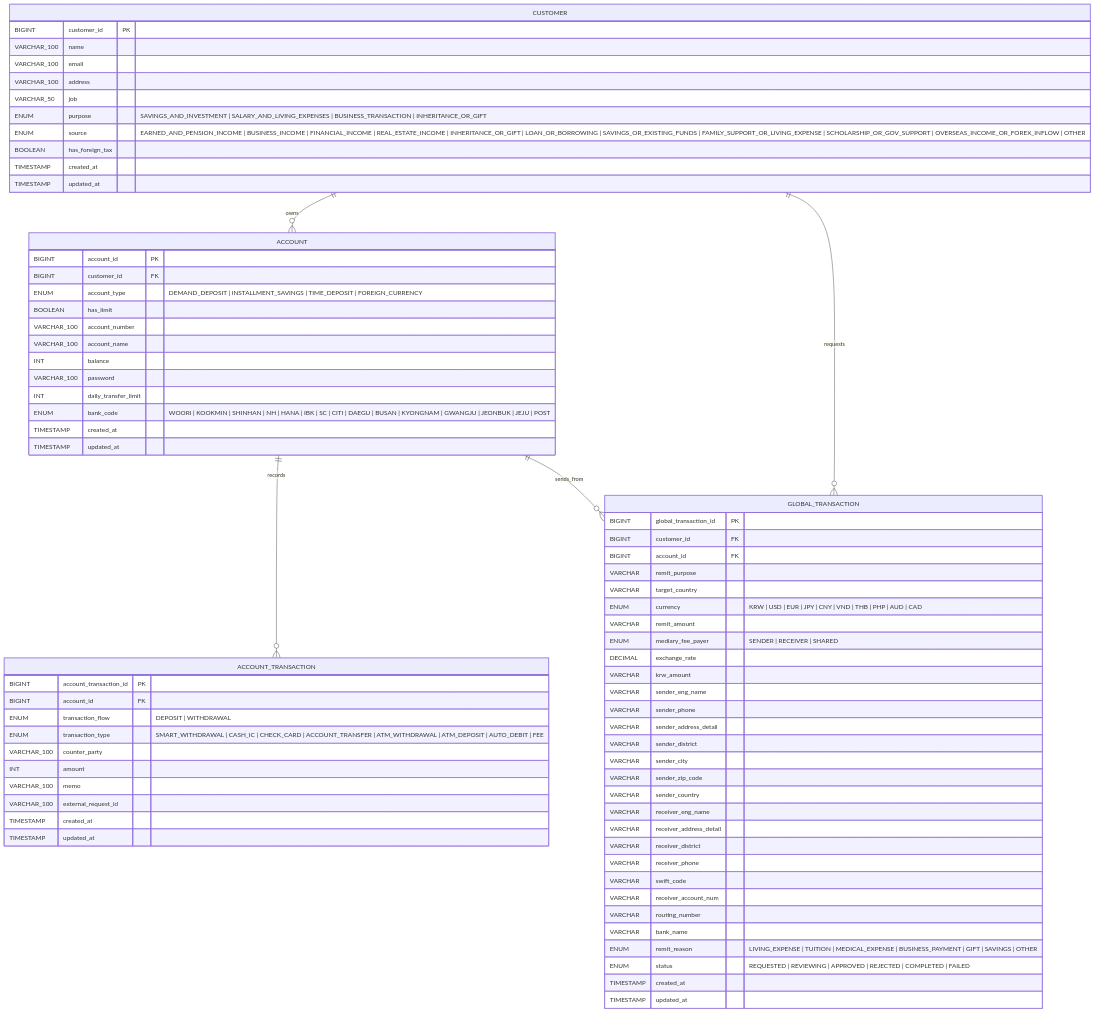
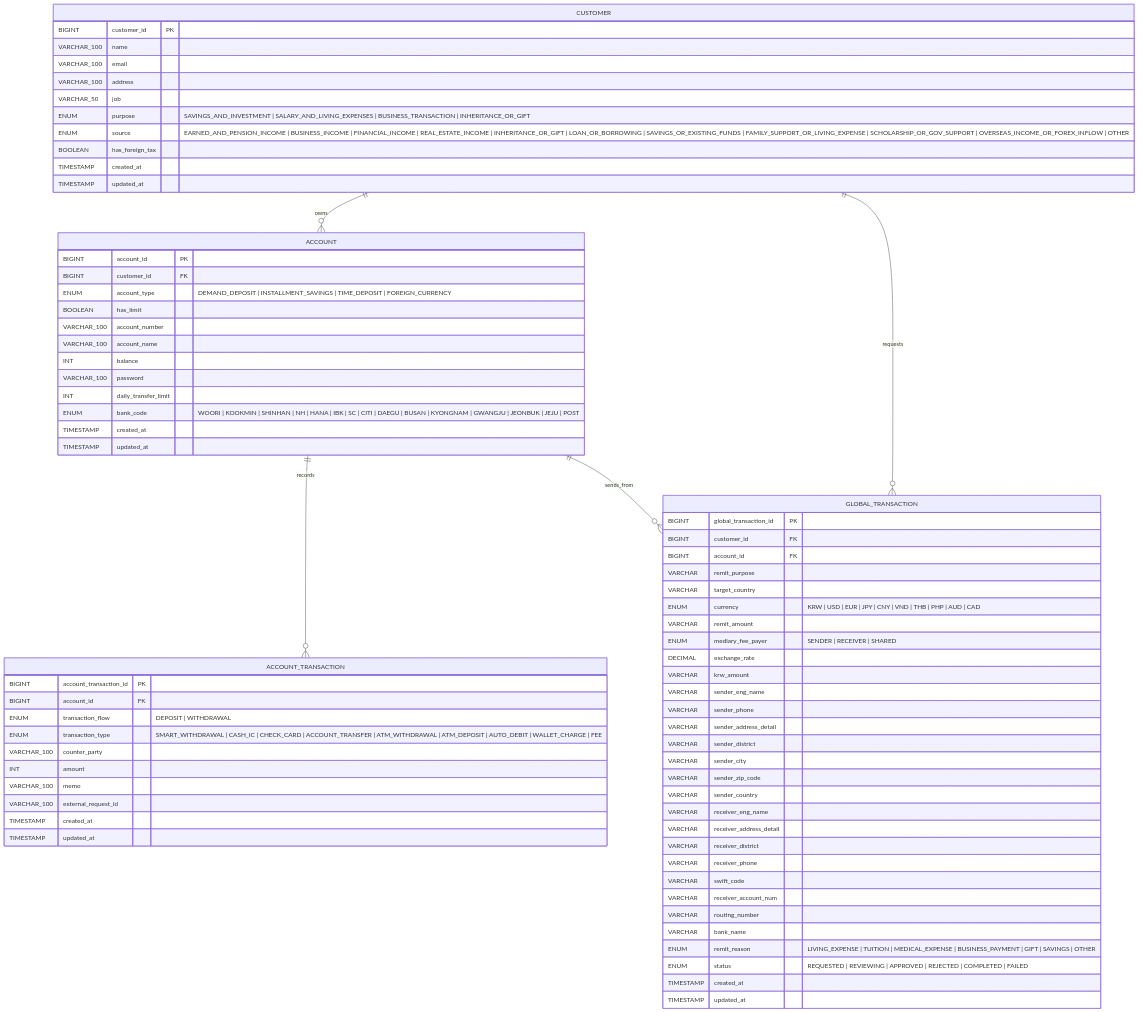
Before and after one commit to jaepar/NOVA: the diagram in coreBanking/docs/erd.md, drawn with Mermaid. The commit also changed 1 other file, not shown here.

Commit message:
fix: WALLET_CHARGE 거래 유형 추가

````diff
--- a/coreBanking/docs/erd.md
+++ b/coreBanking/docs/erd.md
@@ -7,80 +7,80 @@
 ```mermaid
 erDiagram
   CUSTOMER {
     BIGINT customer_id PK
     VARCHAR_100 name
     VARCHAR_100 email
     VARCHAR_100 address
     VARCHAR_50 job
     ENUM purpose "SAVINGS_AND_INVESTMENT | SALARY_AND_LIVING_EXPENSES | BUSINESS_TRANSACTION | INHERITANCE_OR_GIFT"
     ENUM source "EARNED_AND_PENSION_INCOME | BUSINESS_INCOME | FINANCIAL_INCOME | REAL_ESTATE_INCOME | INHERITANCE_OR_GIFT | LOAN_OR_BORROWING | SAVINGS_OR_EXISTING_FUNDS | FAMILY_SUPPORT_OR_LIVING_EXPENSE | SCHOLARSHIP_OR_GOV_SUPPORT | OVERSEAS_INCOME_OR_FOREX_INFLOW | OTHER"
     BOOLEAN has_foreign_tax
     TIMESTAMP created_at
     TIMESTAMP updated_at
   }
 
   ACCOUNT {
     BIGINT account_id PK
     BIGINT customer_id FK
     ENUM account_type "DEMAND_DEPOSIT | INSTALLMENT_SAVINGS | TIME_DEPOSIT | FOREIGN_CURRENCY"
     BOOLEAN has_limit
     VARCHAR_100 account_number
     VARCHAR_100 account_name
     INT balance
     VARCHAR_100 password
     INT daily_transfer_limit
     ENUM bank_code "WOORI | KOOKMIN | SHINHAN | NH | HANA | IBK | SC | CITI | DAEGU | BUSAN | KYONGNAM | GWANGJU | JEONBUK | JEJU | POST"
     TIMESTAMP created_at
     TIMESTAMP updated_at
   }
 
   ACCOUNT_TRANSACTION {
     BIGINT account_transaction_id PK
     BIGINT account_id FK
     ENUM transaction_flow "DEPOSIT | WITHDRAWAL"
-    ENUM transaction_type "SMART_WITHDRAWAL | CASH_IC | CHECK_CARD | ACCOUNT_TRANSFER | ATM_WITHDRAWAL | ATM_DEPOSIT | AUTO_DEBIT | FEE"
+    ENUM transaction_type "SMART_WITHDRAWAL | CASH_IC | CHECK_CARD | ACCOUNT_TRANSFER | ATM_WITHDRAWAL | ATM_DEPOSIT | AUTO_DEBIT | WALLET_CHARGE | FEE"
     VARCHAR_100 counter_party
     INT amount
     VARCHAR_100 memo
     VARCHAR_100 external_request_id
     TIMESTAMP created_at
     TIMESTAMP updated_at
   }
 
   GLOBAL_TRANSACTION {
     BIGINT global_transaction_id PK
     BIGINT customer_id FK
     BIGINT account_id FK
     VARCHAR remit_purpose
     VARCHAR target_country
     ENUM currency "KRW | USD | EUR | JPY | CNY | VND | THB | PHP | AUD | CAD"
     VARCHAR remit_amount
     ENUM mediary_fee_payer "SENDER | RECEIVER | SHARED"
     DECIMAL exchange_rate
     VARCHAR krw_amount
     VARCHAR sender_eng_name
     VARCHAR sender_phone
     VARCHAR sender_address_detail
     VARCHAR sender_district
     VARCHAR sender_city
     VARCHAR sender_zip_code
     VARCHAR sender_country
     VARCHAR receiver_eng_name
     VARCHAR receiver_address_detail
     VARCHAR receiver_district
     VARCHAR receiver_phone
     VARCHAR swift_code
     VARCHAR receiver_account_num
     VARCHAR routing_number
     VARCHAR bank_name
     ENUM remit_reason "LIVING_EXPENSE | TUITION | MEDICAL_EXPENSE | BUSINESS_PAYMENT | GIFT | SAVINGS | OTHER"
     ENUM status "REQUESTED | REVIEWING | APPROVED | REJECTED | COMPLETED | FAILED"
     TIMESTAMP created_at
     TIMESTAMP updated_at
   }
 
   CUSTOMER ||--o{ ACCOUNT : owns
   ACCOUNT ||--o{ ACCOUNT_TRANSACTION : records
   CUSTOMER ||--o{ GLOBAL_TRANSACTION : requests
   ACCOUNT ||--o{ GLOBAL_TRANSACTION : sends_from
 ```
````
